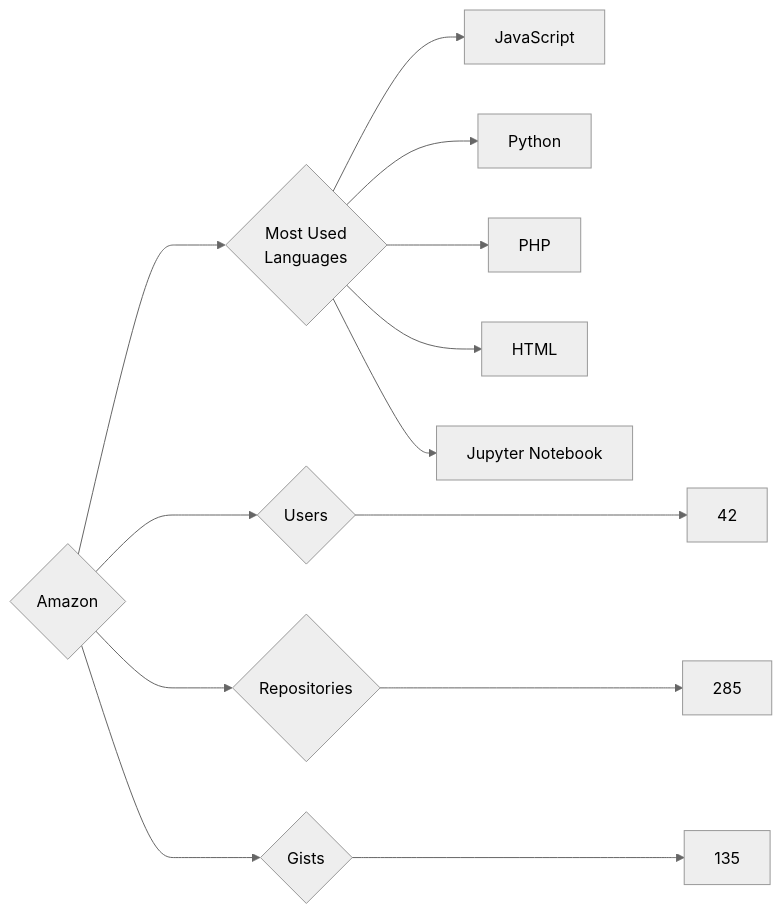
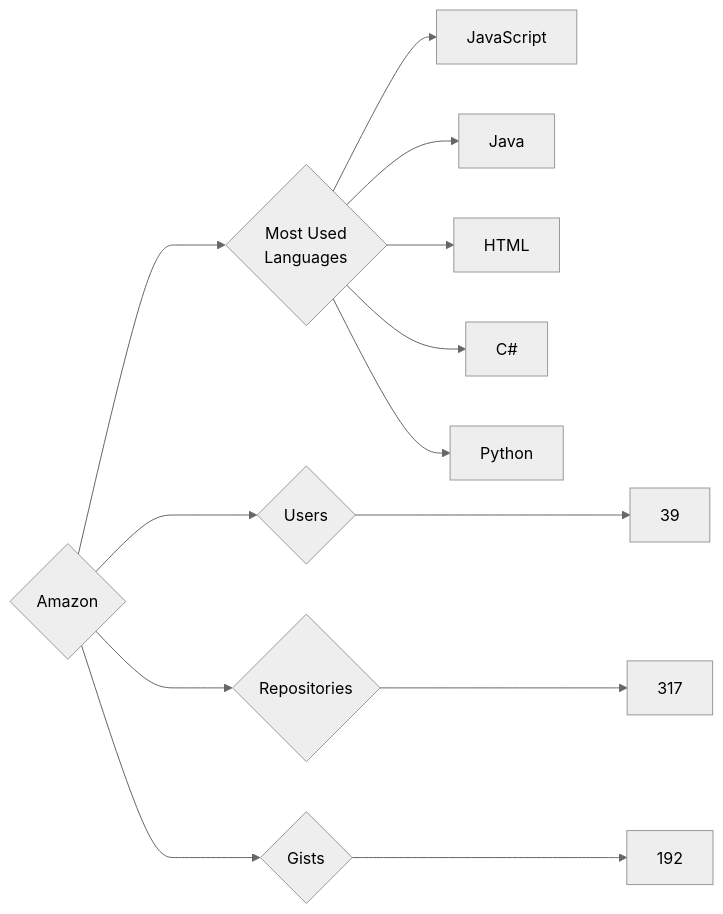
The diagram in targets/Amazon/README.md (trickest/insiders), drawn with Mermaid (neutral theme) before and after one commit. The commit also changed 736 other files, not shown here.

````diff
--- a/targets/Amazon/README.md
+++ b/targets/Amazon/README.md
@@ -3,13 +3,13 @@
 ```mermaid
 graph LR
 COMPANY_NAME{Amazon}
-COMPANY_NAME ---> U{Users} ---> UN[42]
-COMPANY_NAME ---> R{Repositories} ---> RN[285]
-COMPANY_NAME ---> G{Gists} ---> GN[135]
+COMPANY_NAME ---> U{Users} ---> UN[39]
+COMPANY_NAME ---> R{Repositories} ---> RN[317]
+COMPANY_NAME ---> G{Gists} ---> GN[192]
 COMPANY_NAME ---> ML{Most Used<br>Languages}
 ML --> JavaScript[JavaScript]
+ML --> Java[Java]
+ML --> HTML[HTML]
+ML --> C#[C#]
 ML --> Python[Python]
-ML --> PHP[PHP]
-ML --> HTML[HTML]
-ML --> Jupyter_Notebook[Jupyter Notebook]
 ```
````
